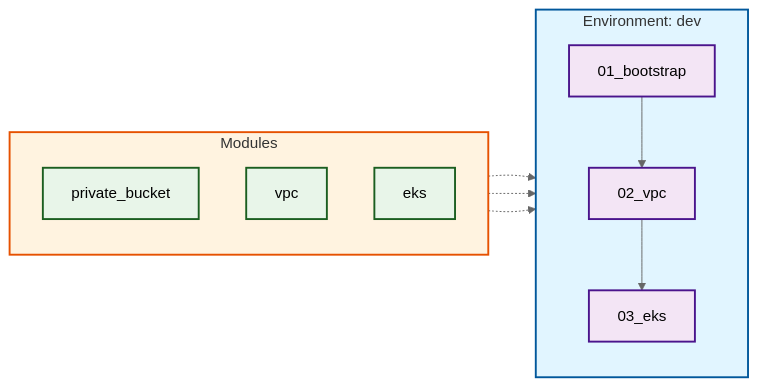
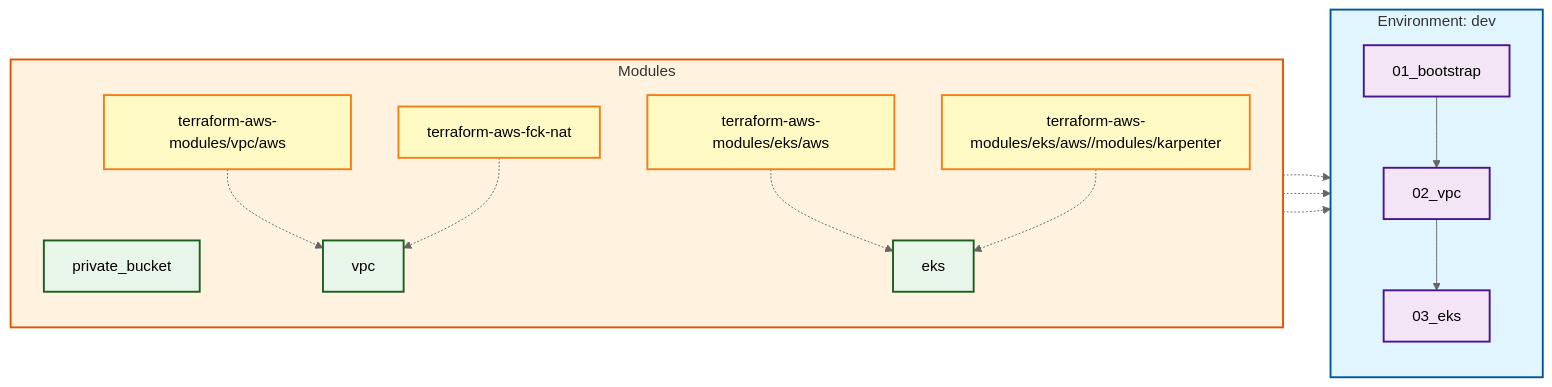
Before and after one commit to a0s/terraform-eks-karpenter: the diagram in README.md, drawn with Mermaid (neutral theme).

Commit message:
docs: add architecture diagram showing Terraform stacks and modules structure
- Add mermaid diagram illustrating the project structure
- Show dev environment stacks (01_bootstrap, 02_vpc, 03_eks) in left column
- Display custom modules (private_bucket, vpc, eks) and external modules in right column
- Include dependencies between stacks and module usage relationships
- External modules: terraform-aws-modules/vpc/aws, terraform-aws-fck-nat, terraform-aws-modules/eks/aws, and karpenter submodule

````diff
--- a/README.md
+++ b/README.md
@@ -19,32 +19,46 @@
 ```mermaid
 flowchart LR
     subgraph dev["Environment: dev"]
         direction TB
         bootstrap["01_bootstrap"]
         vpc_stack["02_vpc"]
         eks_stack["03_eks"]
 
         bootstrap --> vpc_stack
         vpc_stack --> eks_stack
     end
 
     subgraph modules["Modules"]
         direction TB
         private_bucket_mod["private_bucket"]
         vpc_mod["vpc"]
         eks_mod["eks"]
+
+        vpc_aws_mod["terraform-aws-modules/vpc/aws"]
+        fck_nat_mod["terraform-aws-fck-nat"]
+        eks_aws_mod["terraform-aws-modules/eks/aws"]
+        karpenter_mod["terraform-aws-modules/eks/aws//modules/karpenter"]
     end
 
     private_bucket_mod -.-> bootstrap
     vpc_mod -.-> vpc_stack
     eks_mod -.-> eks_stack
+
+    vpc_aws_mod -.-> vpc_mod
+    fck_nat_mod -.-> vpc_mod
+    eks_aws_mod -.-> eks_mod
+    karpenter_mod -.-> eks_mod
 
     style dev fill:#e1f5ff,stroke:#01579b,stroke-width:2px
     style modules fill:#fff3e0,stroke:#e65100,stroke-width:2px
     style bootstrap fill:#f3e5f5,stroke:#4a148c,stroke-width:2px
     style vpc_stack fill:#f3e5f5,stroke:#4a148c,stroke-width:2px
     style eks_stack fill:#f3e5f5,stroke:#4a148c,stroke-width:2px
     style private_bucket_mod fill:#e8f5e9,stroke:#1b5e20,stroke-width:2px
     style vpc_mod fill:#e8f5e9,stroke:#1b5e20,stroke-width:2px
     style eks_mod fill:#e8f5e9,stroke:#1b5e20,stroke-width:2px
+    style vpc_aws_mod fill:#fff9c4,stroke:#f57f17,stroke-width:2px
+    style fck_nat_mod fill:#fff9c4,stroke:#f57f17,stroke-width:2px
+    style eks_aws_mod fill:#fff9c4,stroke:#f57f17,stroke-width:2px
+    style karpenter_mod fill:#fff9c4,stroke:#f57f17,stroke-width:2px
 ```
````
